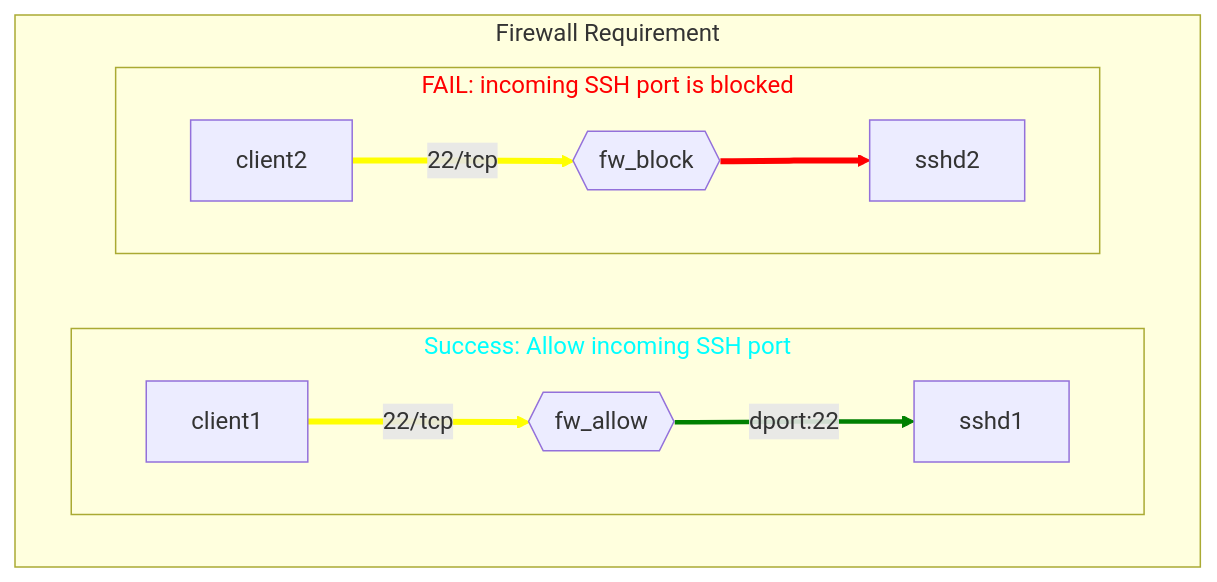
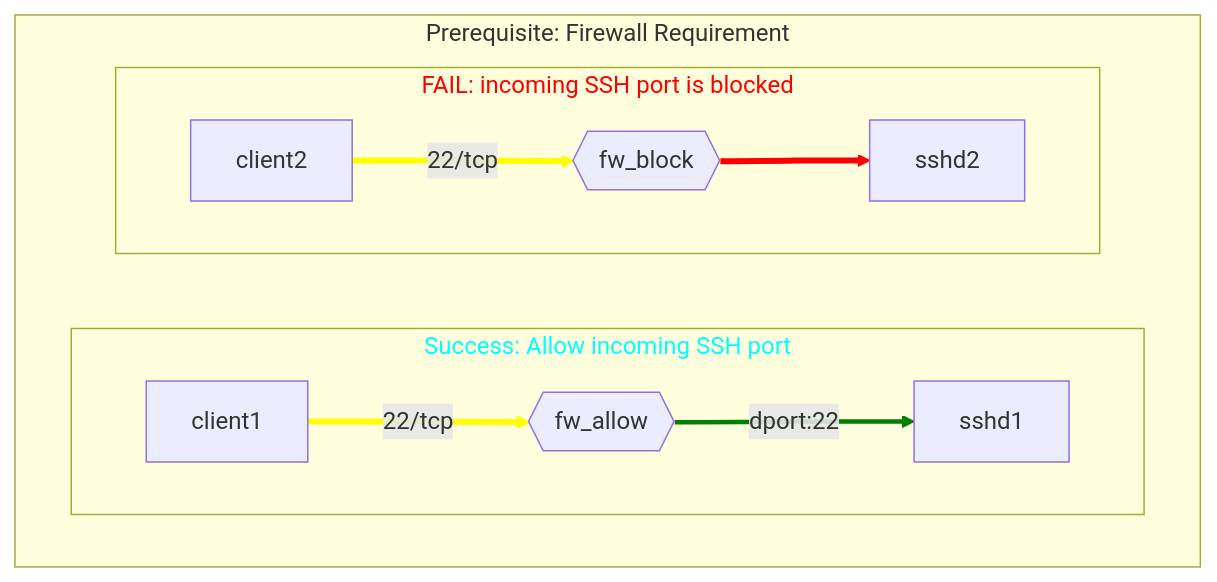
Before and after one commit to myseq/notes: the first of 3 diagrams in markdown/diagrams.md, drawn with Mermaid. The commit also changed other lines of this file, not shown here.

````diff
--- a/markdown/diagrams.md
+++ b/markdown/diagrams.md
@@ -5,33 +5,33 @@
 ```mermaid
 graph 
   fw1{{fw_allow}}
   fw2{{fw_block}}
 
-  subgraph main[Firewall Requirement]
+  subgraph main[Prerequisite: Firewall Requirement]
     direction RL
  
     subgraph grant[Success: Allow incoming SSH port]
       direction LR
       client1 --> |22/tcp| fw1 --> |dport:22| sshd1
     end
 
     subgraph fail[FAIL: incoming SSH port is blocked]
       direction LR
       client2 --> |22/tcp| fw2 --> sshd2
     end
 
   end
 
   linkStyle default stroke-width:4px
   linkStyle 0 stroke:yellow
   linkStyle 1 stroke-width:3px,stroke:green
   linkStyle 2 stroke:yellow
   linkStyle 3 stroke:red
 
   classDef Allow color:#0ff
   classDef Block color:#f00
 
   class grant Allow
   class fail Block
 
 ```
````
